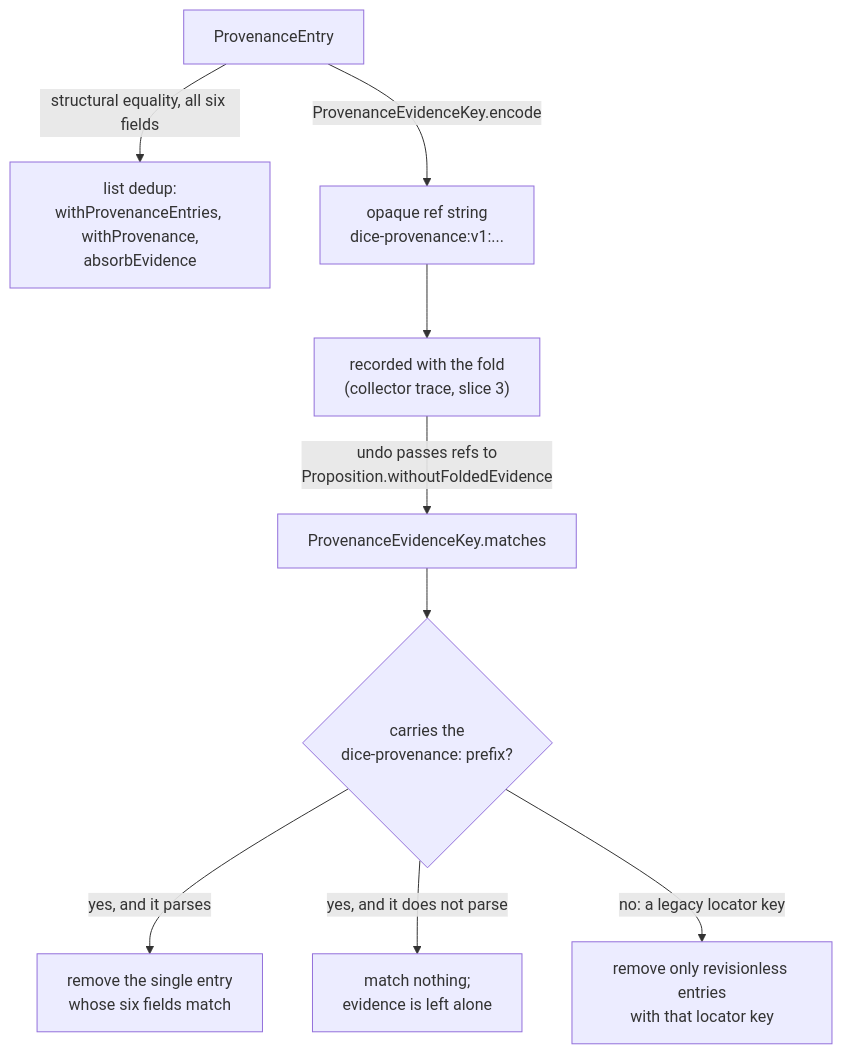
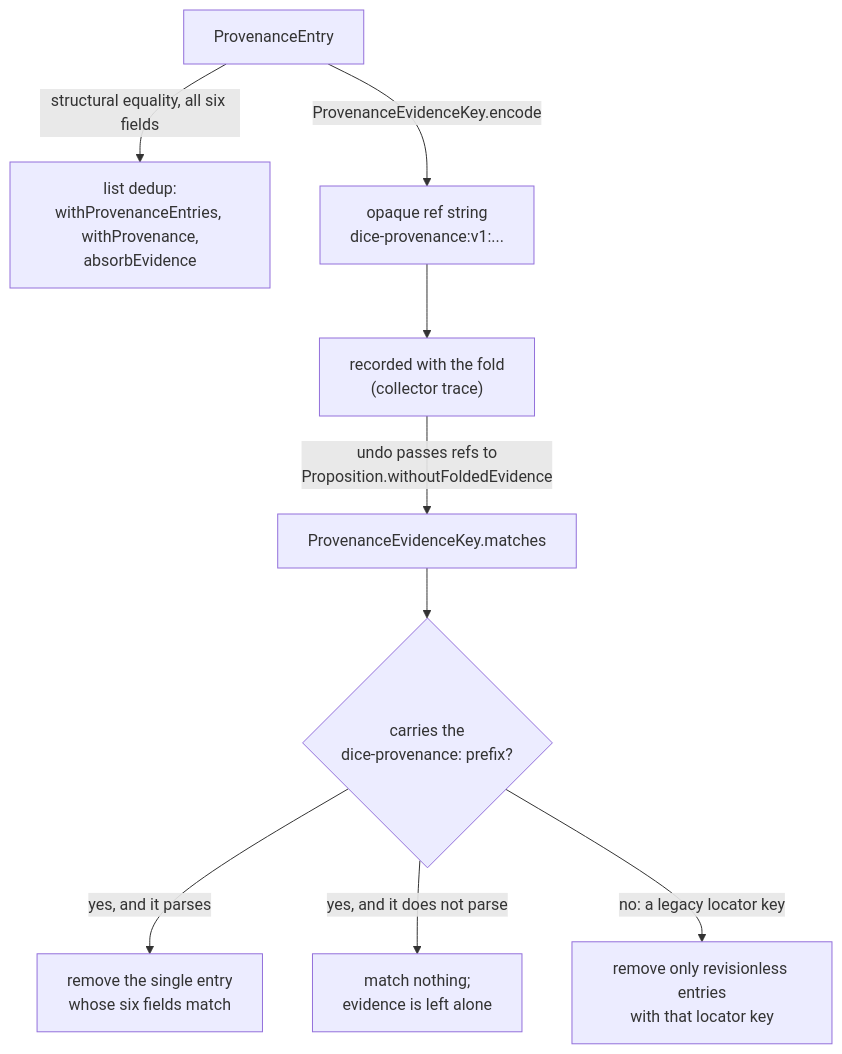
Before and after one commit to embabel/dice: the second of 2 diagrams in docs/design/source-revisions.md, drawn with Mermaid. The commit also changed other lines of this file and 20 other files, not shown here.

First line of the commit message:
Make collector fold and undo authoritative under revisions

````diff
--- a/docs/design/source-revisions.md
+++ b/docs/design/source-revisions.md
@@ -211,12 +211,12 @@
 ```mermaid
 flowchart TD
     E["ProvenanceEntry"]
     E -->|"structural equality, all six fields"| DD["list dedup:<br/>withProvenanceEntries, withProvenance,<br/>absorbEvidence"]
     E -->|"ProvenanceEvidenceKey.encode"| K["opaque ref string<br/>dice-provenance:v1:..."]
-    K --> T["recorded with the fold<br/>(collector trace, slice 3)"]
+    K --> T["recorded with the fold<br/>(collector trace)"]
     T -->|"undo passes refs to<br/>Proposition.withoutFoldedEvidence"| M["ProvenanceEvidenceKey.matches"]
     M --> Q{"carries the<br/>dice-provenance: prefix?"}
     Q -->|"yes, and it parses"| R1["remove the single entry<br/>whose six fields match"]
     Q -->|"yes, and it does not parse"| R2["match nothing;<br/>evidence is left alone"]
     Q -->|"no: a legacy locator key"| R3["remove only revisionless entries<br/>with that locator key"]
 ```
````
